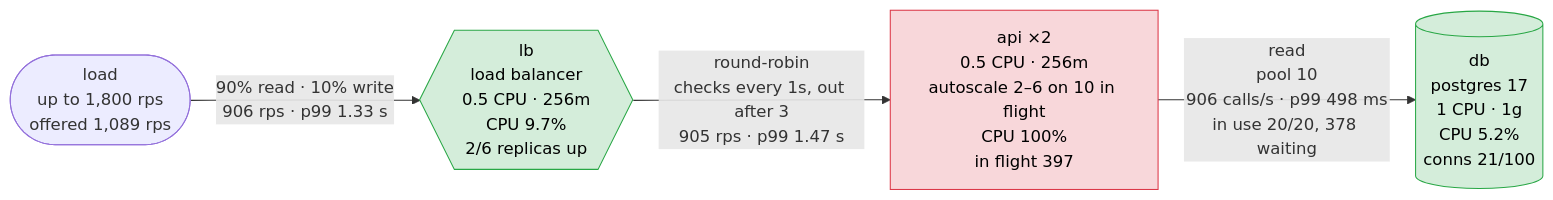
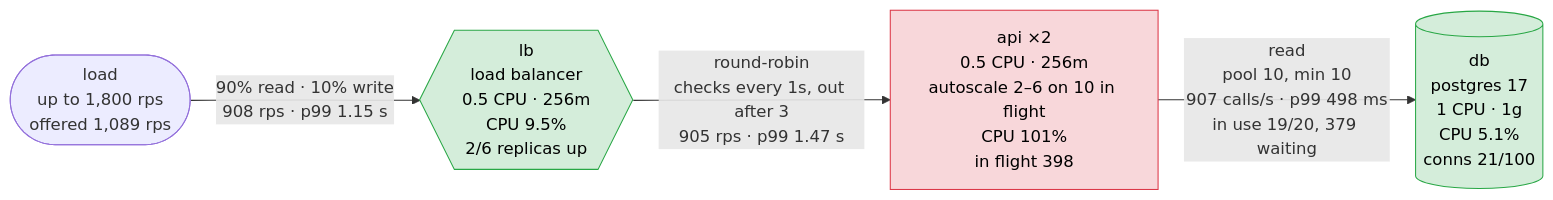
The first of 5 diagrams in scenarios/featured-on-hacker-news/solutions/scale-on-inflight/report.md (akinfemi/load-lore), drawn with Mermaid before and after one commit. The commit also changed other lines of this file and 71 other files, not shown here.

````diff
--- a/scenarios/featured-on-hacker-news/solutions/scale-on-inflight/report.md
+++ b/scenarios/featured-on-hacker-news/solutions/scale-on-inflight/report.md
@@ -15,15 +17,15 @@
 ```mermaid
 flowchart LR
     load(["load<br/>up to 1,800 rps<br/>offered 1,089 rps"])
-    lb{{"lb<br/>load balancer<br/>0.5 CPU · 256m<br/>CPU 9.7%<br/>2/6 replicas up"}}
-    api["api ×2<br/>0.5 CPU · 256m<br/>autoscale 2–6 on 10 in flight<br/>CPU 100%<br/>in flight 397"]
-    db[("db<br/>postgres 17<br/>1 CPU · 1g<br/>CPU 5.2%<br/>conns 21/100")]
-    load -->|"90% read · 10% write<br/>906 rps · p99 1.33 s"| lb
+    lb{{"lb<br/>load balancer<br/>0.5 CPU · 256m<br/>CPU 9.5%<br/>2/6 replicas up"}}
+    api["api ×2<br/>0.5 CPU · 256m<br/>autoscale 2–6 on 10 in flight<br/>CPU 101%<br/>in flight 398"]
+    db[("db<br/>postgres 17<br/>1 CPU · 1g<br/>CPU 5.1%<br/>conns 21/100")]
+    load -->|"90% read · 10% write<br/>908 rps · p99 1.15 s"| lb
     lb -->|"round-robin<br/>checks every 1s, out after 3<br/>905 rps · p99 1.47 s"| api
-    api -->|"read<br/>pool 10<br/>906 calls/s · p99 498 ms<br/>in use 20/20, 378 waiting"| db
+    api -->|"read<br/>pool 10, min 10<br/>907 calls/s · p99 498 ms<br/>in use 19/20, 379 waiting"| db
     classDef ok fill:#d4edda,stroke:#28a745,color:#000
     classDef warm fill:#fff3cd,stroke:#d39e00,color:#000
     classDef hot fill:#f8d7da,stroke:#dc3545,color:#000
     class lb,db ok
     class api hot
 ```
````
